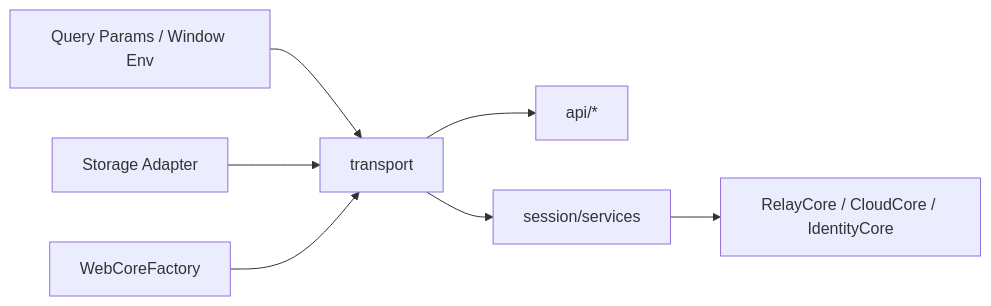
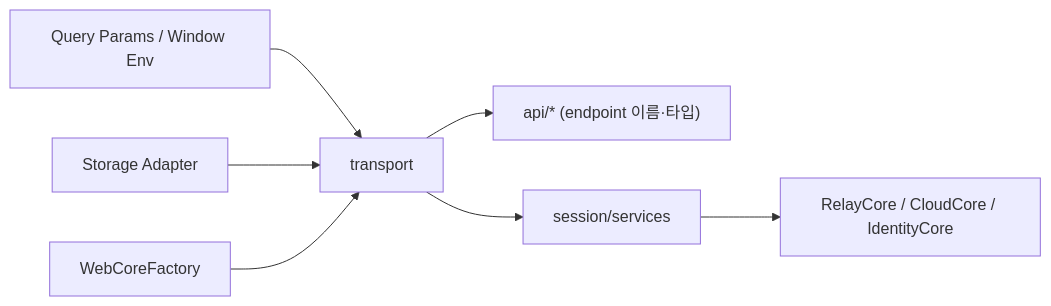
One commit to lemoncloud-io/dou-app changed the diagram in libs/web-core/docs/transport/README.md. Above: the diagram before and after it, drawn with Mermaid. The commit also changed other lines of this file and 19 other files, not shown here.

````diff
--- a/libs/web-core/docs/transport/README.md
+++ b/libs/web-core/docs/transport/README.md
@@ -70,9 +56,9 @@
 ```mermaid
 flowchart LR
   Q["Query Params / Window Env"] --> T["transport"]
   S["Storage Adapter"] --> T
   W["WebCoreFactory"] --> T
-  T --> A["api/*"]
+  T --> A["api/* (endpoint 이름·타입)"]
   T --> SS["session/services"]
   SS --> C["RelayCore / CloudCore / IdentityCore"]
 ```
````
